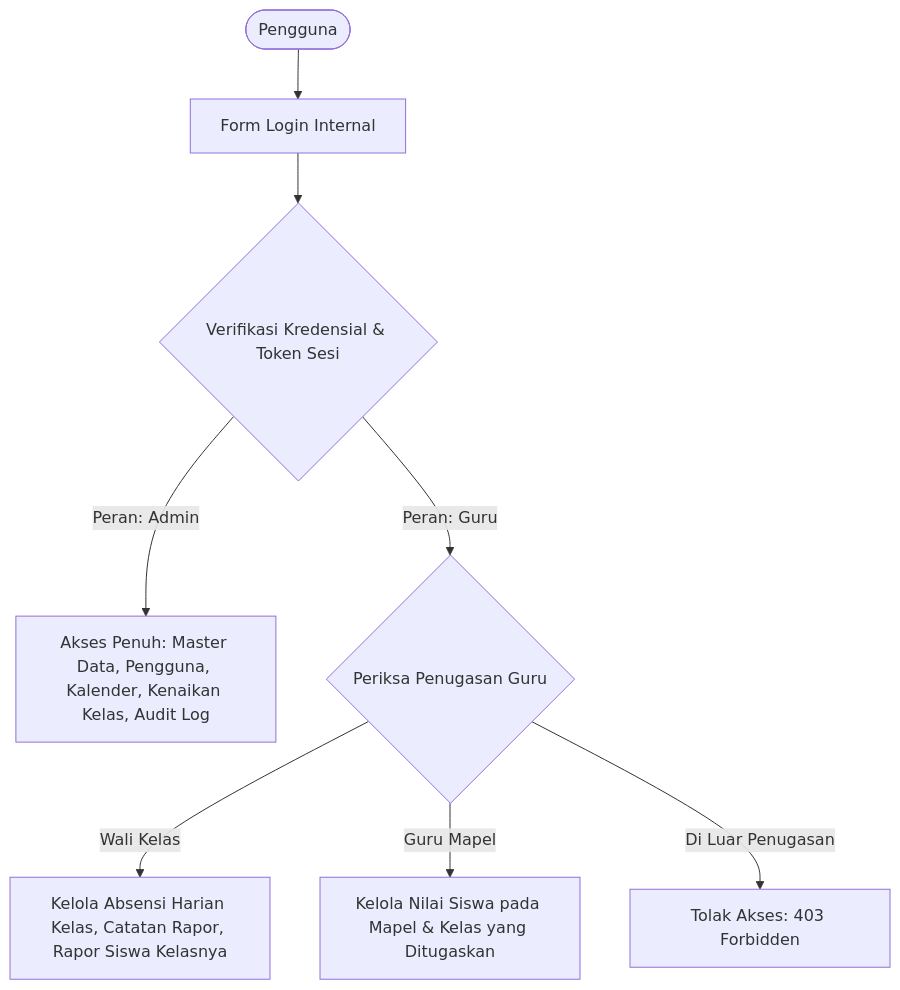
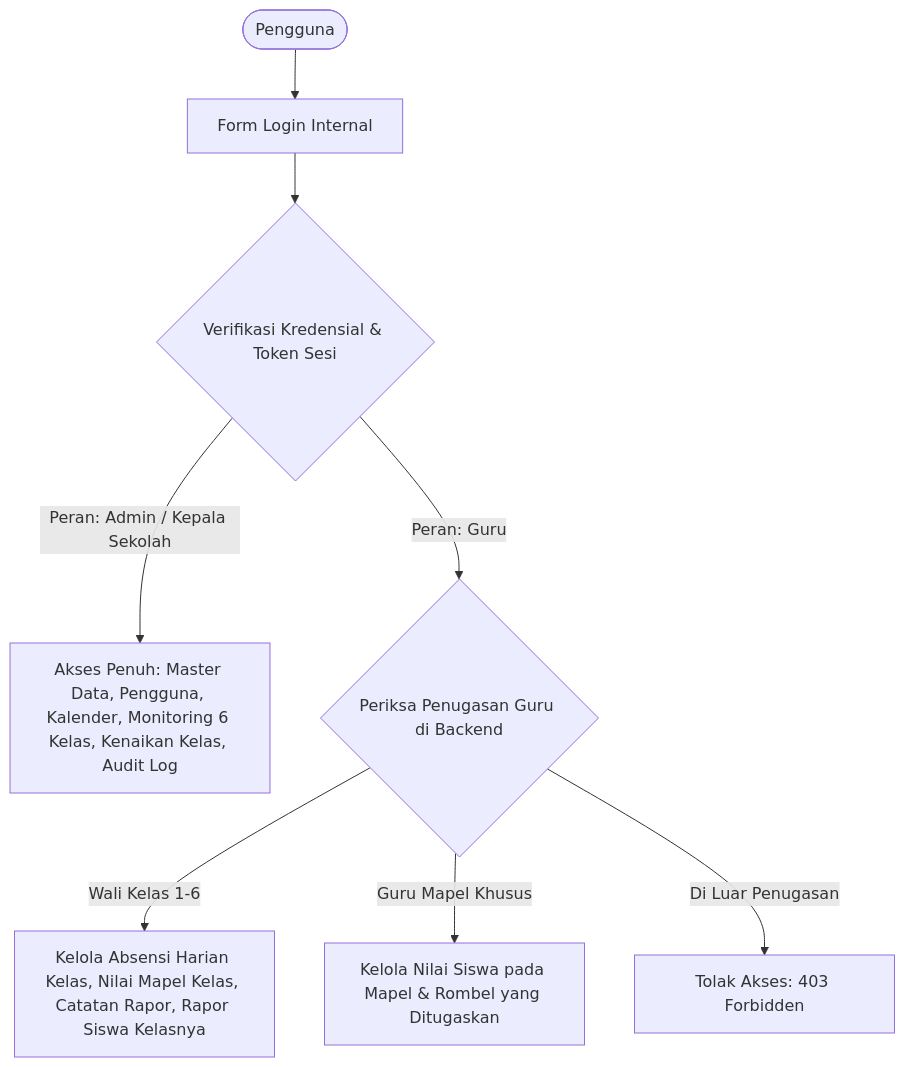
Before and after one commit to ryanea-exe/WebsiteAppScript-AbsensiPenilaianSiswaSD: the first of 3 diagrams in .docs/.prd.md, drawn with Mermaid. The commit also changed other lines of this file and 7 other files, not shown here.

Commit message:
refactor: update architecture, database, gemini, prd, and tasks documentation alongside security benchmarks and setup scripts

````diff
--- a/.docs/.prd.md
+++ b/.docs/.prd.md
@@ -64,10 +73,10 @@
 ```mermaid
 graph TD
     User([Pengguna]) --> Login[Form Login Internal]
     Login --> AuthCheck{Verifikasi Kredensial & Token Sesi}
-    AuthCheck -->|Peran: Admin| AdminScope[Akses Penuh: Master Data, Pengguna, Kalender, Kenaikan Kelas, Audit Log]
-    AuthCheck -->|Peran: Guru| RoleCheck{Periksa Penugasan Guru}
-    RoleCheck -->|Wali Kelas| WaliScope[Kelola Absensi Harian Kelas, Catatan Rapor, Rapor Siswa Kelasnya]
-    RoleCheck -->|Guru Mapel| MapelScope[Kelola Nilai Siswa pada Mapel & Kelas yang Ditugaskan]
+    AuthCheck -->|Peran: Admin / Kepala Sekolah| AdminScope[Akses Penuh: Master Data, Pengguna, Kalender, Monitoring 6 Kelas, Kenaikan Kelas, Audit Log]
+    AuthCheck -->|Peran: Guru| RoleCheck{Periksa Penugasan Guru di Backend}
+    RoleCheck -->|Wali Kelas 1-6| WaliScope[Kelola Absensi Harian Kelas, Nilai Mapel Kelas, Catatan Rapor, Rapor Siswa Kelasnya]
+    RoleCheck -->|Guru Mapel Khusus| MapelScope[Kelola Nilai Siswa pada Mapel & Rombel yang Ditugaskan]
     RoleCheck -->|Di Luar Penugasan| AccessDenied[Tolak Akses: 403 Forbidden]
 ```
````
